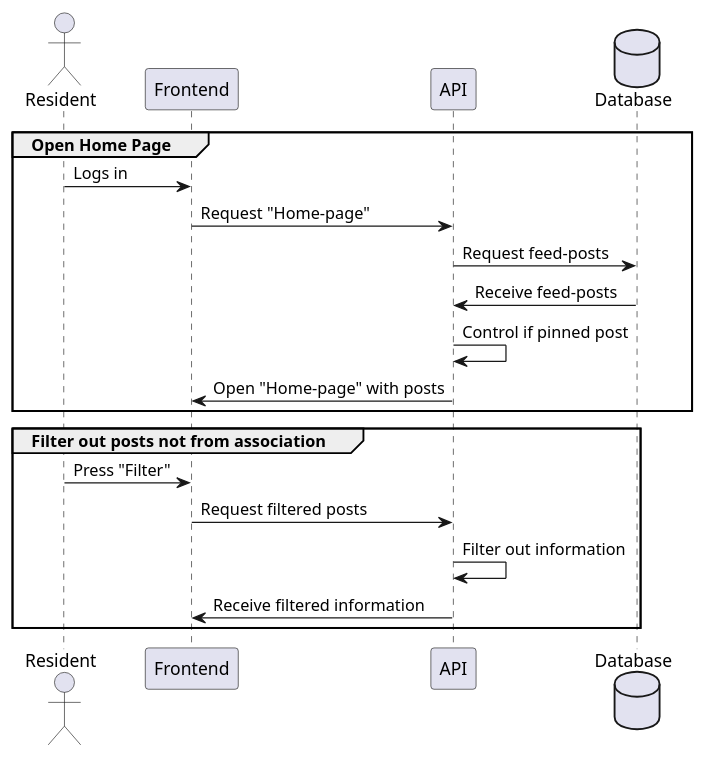
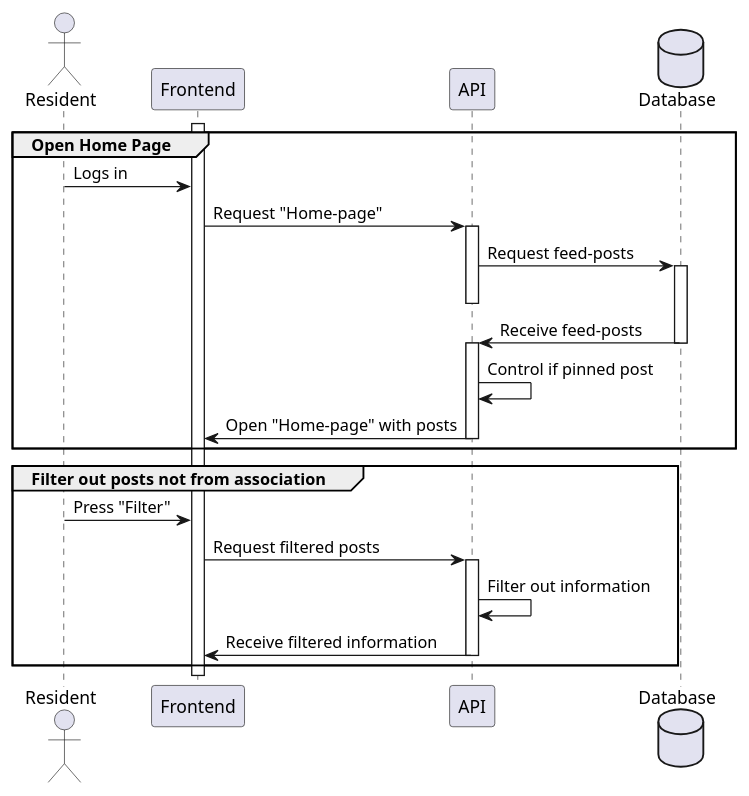
One commit to Brannersrud/Nabovarsel_UML changed the diagram in Sequence-mobile-seeChairmanFeed.plantuml. Above: the diagram before and after it, drawn with PlantUML. The commit also changed 22 other files, not shown here.

Commit message:
GANTT-diagram

```diff
--- a/Sequence-mobile-seeChairmanFeed.plantuml
+++ b/Sequence-mobile-seeChairmanFeed.plantuml
@@ -1,24 +1,33 @@
 @startuml Residents can see all posts from chairman
 
 actor Resident
 participant Frontend
 participant API
 database Database
 
 group Open Home Page
+activate Frontend
 Resident -> Frontend : Logs in
 Frontend -> API : Request "Home-page"
+activate API
 API -> Database : Request feed-posts
+activate Database
+deactivate API
 Database -> API : Receive feed-posts
+deactivate Database
+activate API
 API -> API : Control if pinned post
 API -> Frontend : Open "Home-page" with posts
+deactivate API
 end 
 
 group Filter out posts not from association
 Resident -> Frontend : Press "Filter"
 Frontend -> API : Request filtered posts
+activate API
 API -> API : Filter out information
 API -> Frontend : Receive filtered information
+deactivate API
 end 
 
 @enduml
```
